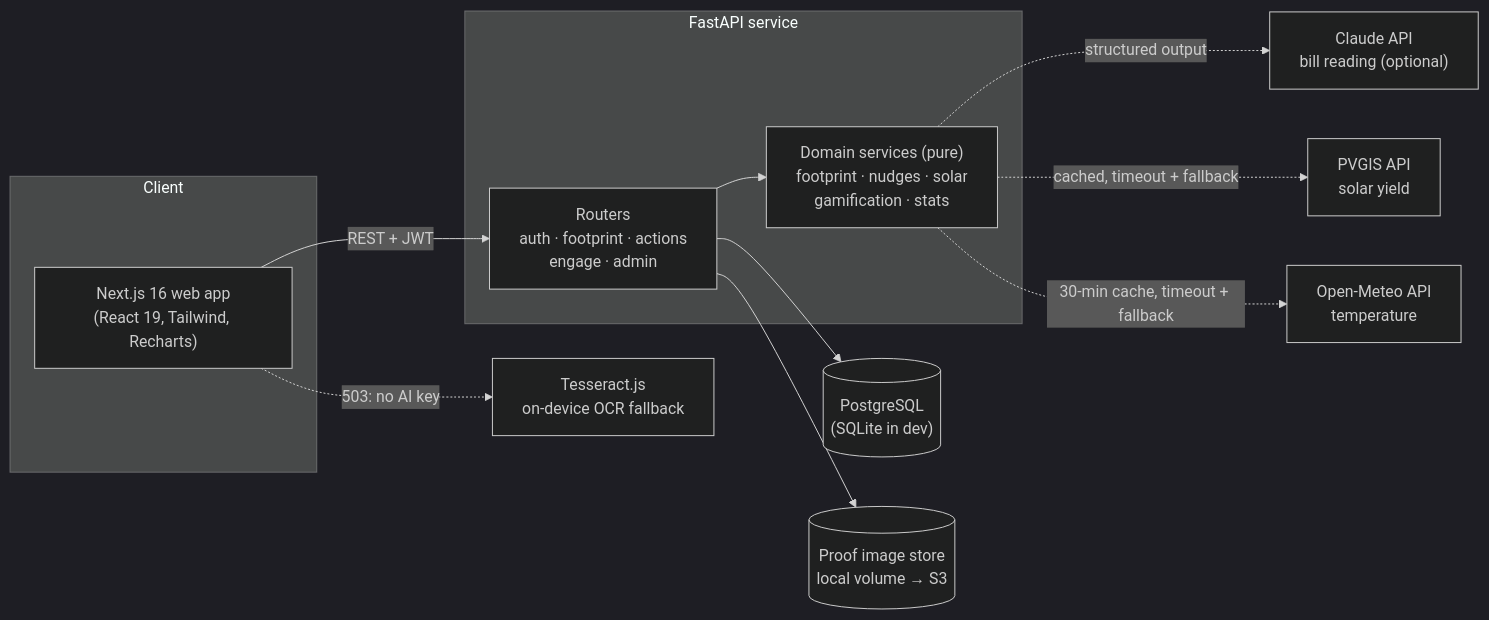
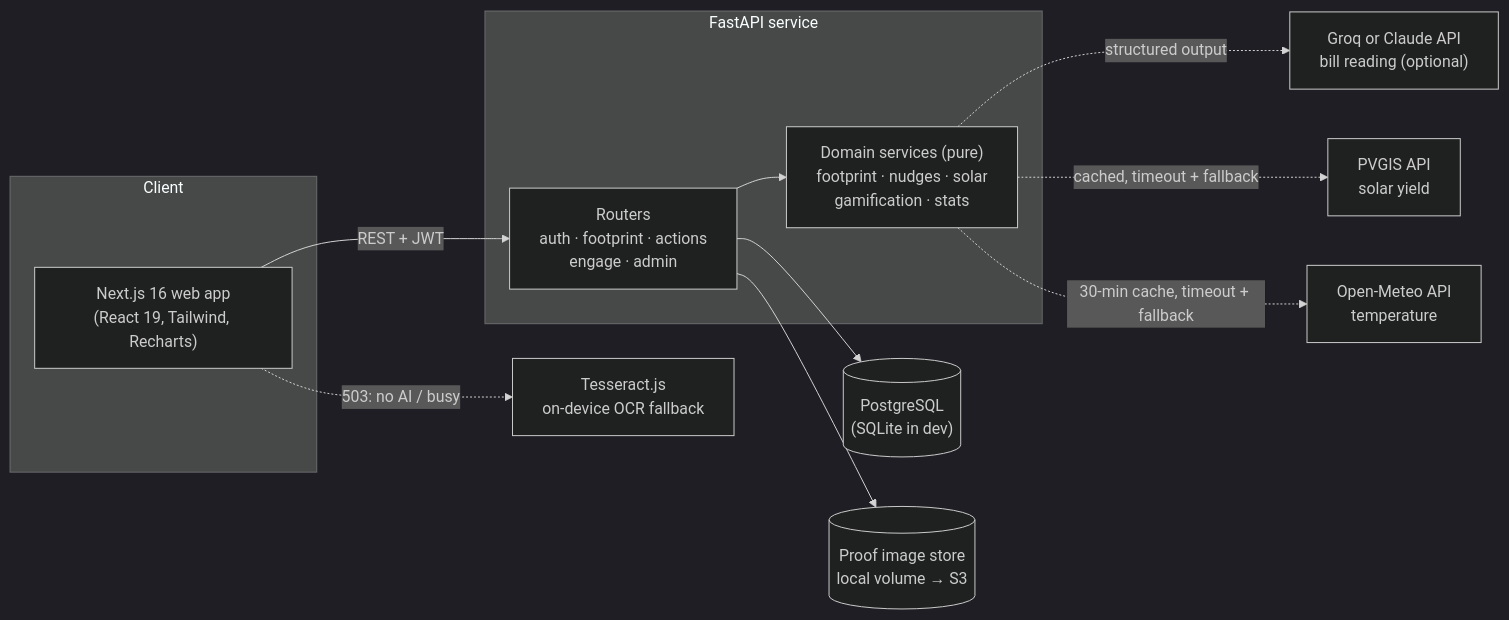
Before and after one commit to neevmodh/LiFEline: the first of 2 diagrams in README.md, drawn with Mermaid (dark theme). The commit also changed other lines of this file and 13 other files, not shown here.

First line of the commit message:
AI bill reading with Groq (Qwen vision), falling back on-device when busy

````diff
--- a/README.md
+++ b/README.md
@@ -23,25 +23,25 @@
 ```mermaid
 flowchart LR
     subgraph Client
         W["Next.js 16 web app<br/>(React 19, Tailwind, Recharts)"]
     end
     subgraph API["FastAPI service"]
         R["Routers<br/>auth · footprint · actions<br/>engage · admin"]
         S["Domain services (pure)<br/>footprint · nudges · solar<br/>gamification · stats"]
         R --> S
     end
     DB[("PostgreSQL<br/>(SQLite in dev)")]
     FS[("Proof image store<br/>local volume → S3")]
     PV["PVGIS API<br/>solar yield"]
     OM["Open-Meteo API<br/>temperature"]
-    CL["Claude API<br/>bill reading (optional)"]
+    CL["Groq or Claude API<br/>bill reading (optional)"]
     OCR["Tesseract.js<br/>on-device OCR fallback"]
 
     W -- "REST + JWT" --> R
-    W -. "503: no AI key" .-> OCR
+    W -. "503: no AI / busy" .-> OCR
     S -. "structured output" .-> CL
     R --> DB
     R --> FS
     S -. "cached, timeout + fallback" .-> PV
     S -. "30-min cache, timeout + fallback" .-> OM
 ```
````
